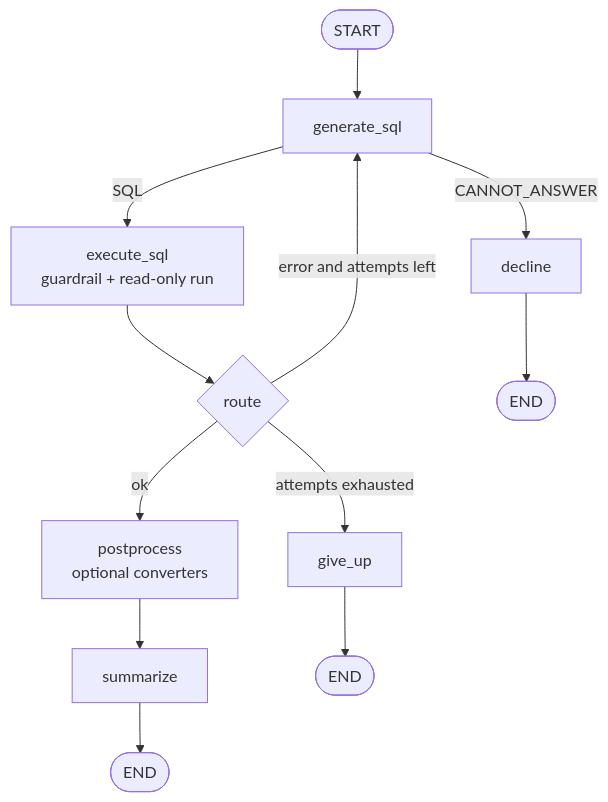
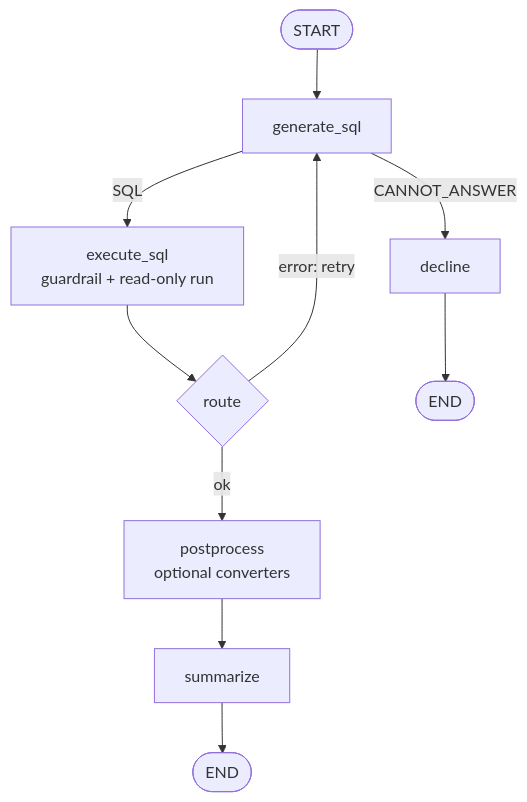
Before and after one commit to Lzwk16/text-to-sql: the second of 2 diagrams in README.md, drawn with Mermaid.

````diff
--- a/README.md
+++ b/README.md
@@ -29,14 +29,12 @@
 ```mermaid
 flowchart TD
     START([START]) --> GEN["generate_sql"]
     GEN -->|"CANNOT_ANSWER"| DEC["decline"]
     GEN -->|"SQL"| EXE["execute_sql<br/>guardrail + read-only run"]
     EXE --> RT{"route"}
-    RT -->|"error and attempts left"| GEN
+    RT -->|"error: retry"| GEN
     RT -->|"ok"| PP["postprocess<br/>optional converters"]
-    RT -->|"attempts exhausted"| GU["give_up"]
     PP --> SUM["summarize"]
     SUM --> END1([END])
     DEC --> END2([END])
-    GU --> END3([END])
 ```
````
